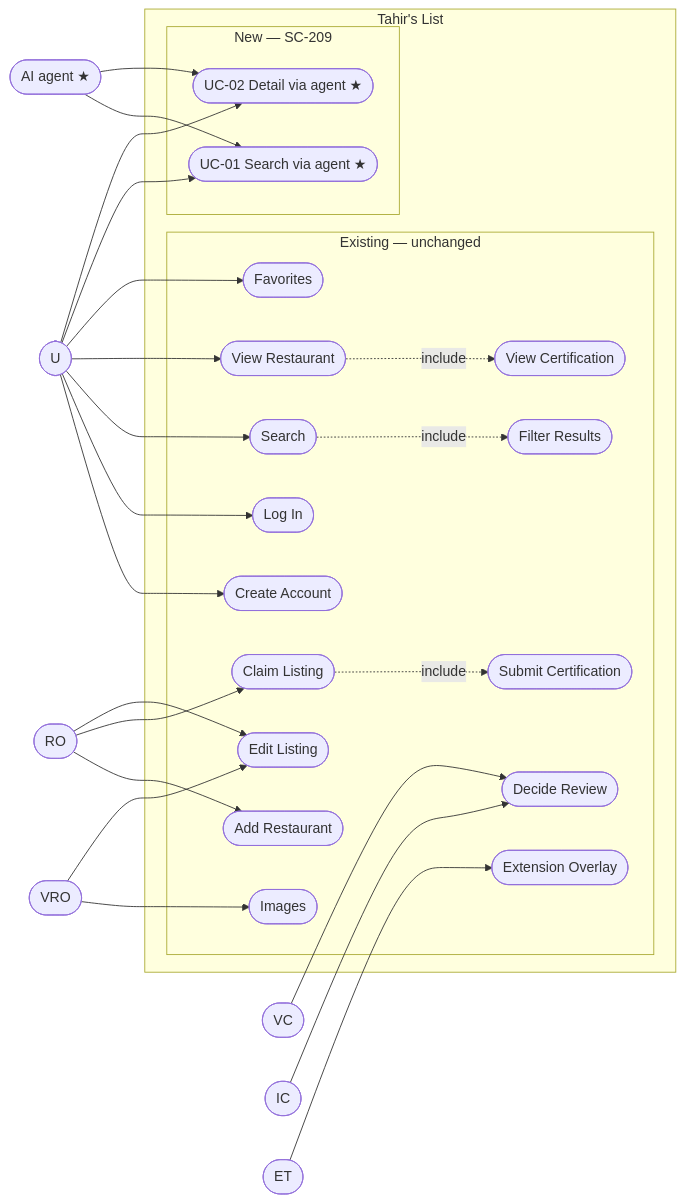
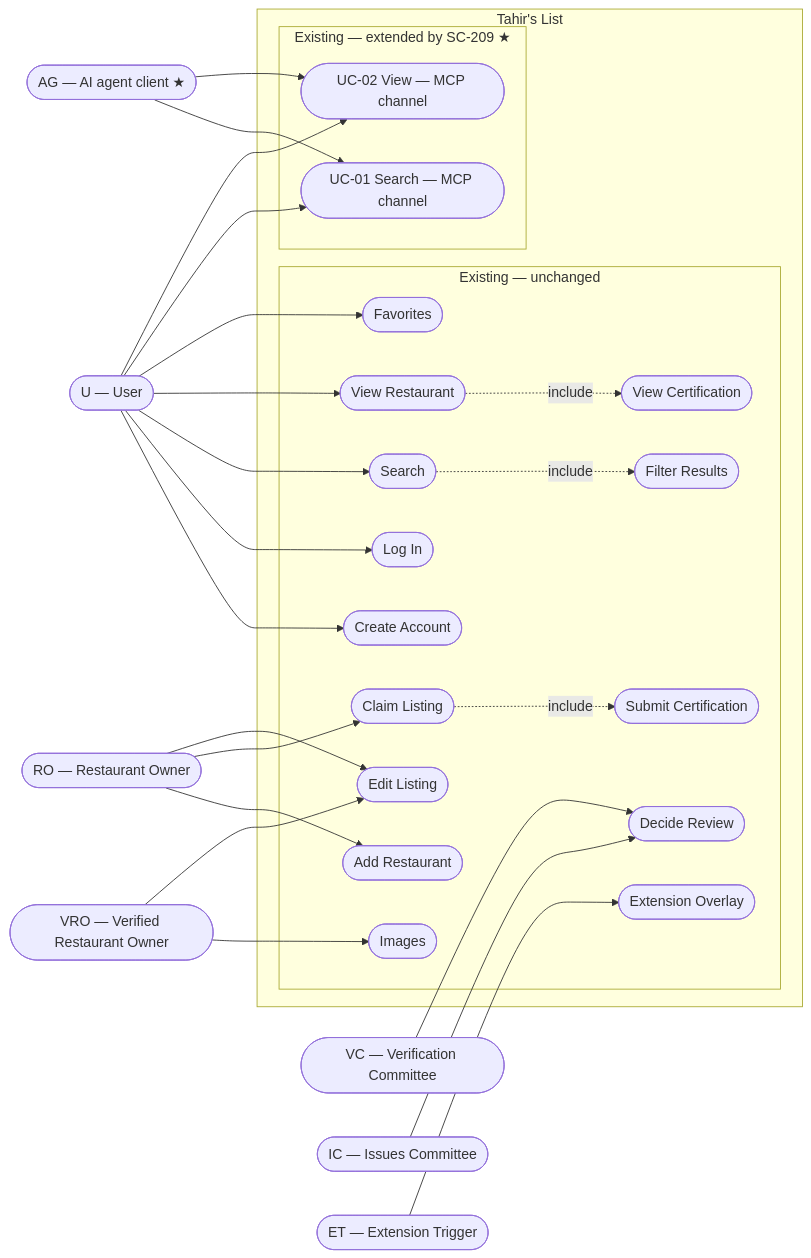
Before and after one commit to Losers-Lab/tahirs-list: the second of 2 diagrams in docs/features/SC-209/03-use-case-diagram.md, drawn with Mermaid. The commit also changed other lines of this file and 8 other files, not shown here.

Commit message:
[SC-209] Reuse existing search and view use cases

````diff
--- a/docs/features/SC-209/03-use-case-diagram.md
+++ b/docs/features/SC-209/03-use-case-diagram.md
@@ -25,42 +25,42 @@
 ```mermaid
 flowchart LR
-    U([U])
-    RO([RO])
-    VRO([VRO])
-    VC([VC])
-    IC([IC])
-    ET([ET])
-    AG([AI agent ★])
+    U([U — User])
+    RO([RO — Restaurant Owner])
+    VRO([VRO — Verified Restaurant Owner])
+    VC([VC — Verification Committee])
+    IC([IC — Issues Committee])
+    ET([ET — Extension Trigger])
+    AG([AG — AI agent client ★])
     subgraph System["Tahir's List"]
         subgraph Existing["Existing — unchanged"]
             E01([Create Account])
             E02([Log In])
             E03([Search])
             E04([Filter Results])
             E05([View Restaurant])
             E06([Favorites])
             E08([Add Restaurant])
             E09([Claim Listing])
             E10([Submit Certification])
             E11([Decide Review])
             E12([View Certification])
             E13([Images])
             E14([Edit Listing])
             E15([Extension Overlay])
         end
-        subgraph New["New — SC-209"]
-            N01([UC-01 Search via agent ★])
-            N02([UC-02 Detail via agent ★])
+        subgraph Extended["Existing — extended by SC-209 ★"]
+            N01([UC-01 Search — MCP channel])
+            N02([UC-02 View — MCP channel])
         end
     end
     U --> E01 & E02 & E03 & E05 & E06 & N01 & N02
     RO --> E08 & E09 & E14
     VRO --> E13 & E14
     VC --> E11
     IC --> E11
     ET --> E15
     AG --> N01 & N02
     E03 -.->|include| E04
     E05 -.->|include| E12
     E09 -.->|include| E10
 ```
````
